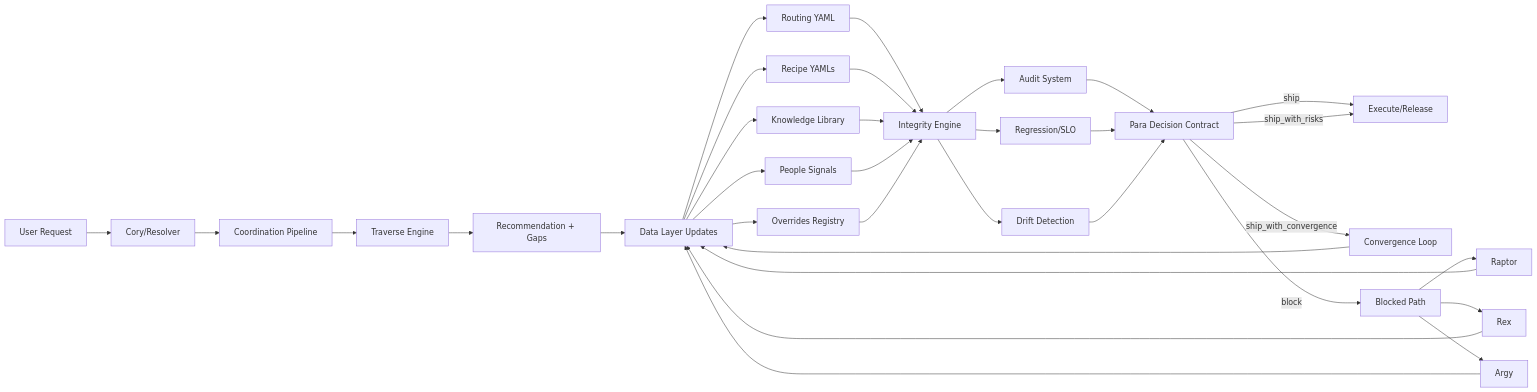
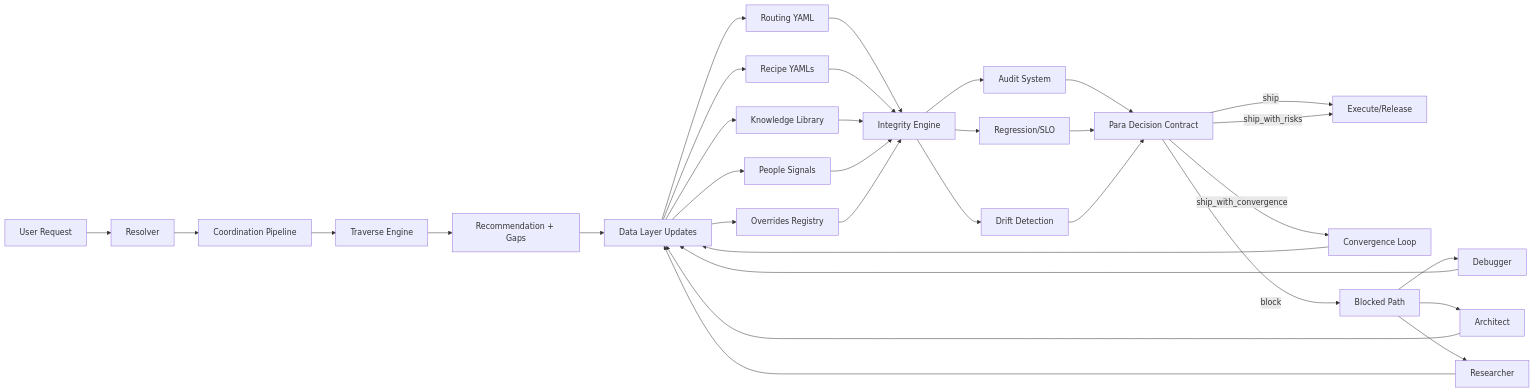
One commit to pretendhome/palette changed the first of 3 diagrams in docs/architecture/PIS_E2E_SYSTEM_GRAPH_2026-03-02.md. Above: the diagram before and after it, drawn with Mermaid. The commit also changed other lines of this file and 96 other files, not shown here.

````diff
--- a/docs/architecture/PIS_E2E_SYSTEM_GRAPH_2026-03-02.md
+++ b/docs/architecture/PIS_E2E_SYSTEM_GRAPH_2026-03-02.md
@@ -8,41 +8,41 @@
 ```mermaid
 flowchart LR
-  U[User Request] --> C[Cory/Resolver]
+  U[User Request] --> C[Resolver]
   C --> CO[Coordination Pipeline]
   CO --> T[Traverse Engine]
   T --> O[Recommendation + Gaps]
 
   O --> D1[Data Layer Updates]
   D1 --> R1[Routing YAML]
   D1 --> R2[Recipe YAMLs]
   D1 --> R3[Knowledge Library]
   D1 --> R4[People Signals]
   D1 --> R5[Overrides Registry]
 
   R1 --> I[Integrity Engine]
   R2 --> I
   R3 --> I
   R4 --> I
   R5 --> I
 
   I --> A[Audit System]
   I --> G[Regression/SLO]
   I --> DR[Drift Detection]
 
   A --> P[Para Decision Contract]
   G --> P
   DR --> P
 
   P -->|ship| EX[Execute/Release]
   P -->|ship_with_risks| EX
   P -->|ship_with_convergence| CV[Convergence Loop]
   P -->|block| BL[Blocked Path]
 
   CV --> D1
-  BL --> RP[Raptor]
-  BL --> RX[Rex]
-  BL --> AR[Argy]
+  BL --> RP[Debugger]
+  BL --> RX[Architect]
+  BL --> AR[Researcher]
   RP --> D1
   RX --> D1
   AR --> D1
 ```
````
